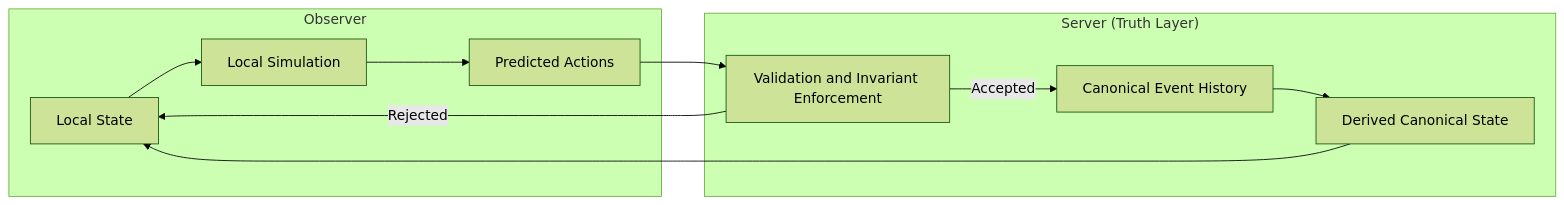
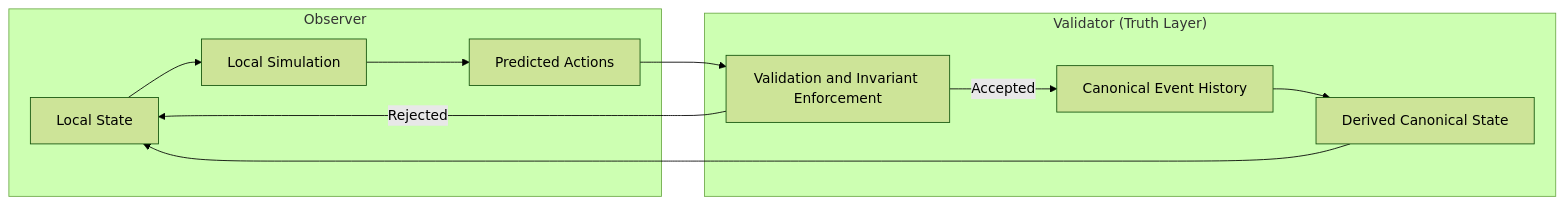
The diagram in diagrams/CrypSA_Observer_vs_Canonical.md (godofthunder101/crypsa-architecture), drawn with Mermaid (forest theme) before and after one commit. The commit also changed other lines of this file, not shown here.

Commit message:
Update terminology from server to validator in diagram

`````diff
--- a/diagrams/CrypSA_Observer_vs_Canonical.md
+++ b/diagrams/CrypSA_Observer_vs_Canonical.md
@@ -20,25 +20,25 @@
-```mermaid
+```mermaid id="1k0v8f"
 flowchart LR
 
 subgraph "Observer"
     A[Local State]
     B[Local Simulation]
     C[Predicted Actions]
 end
 
-subgraph "Server (Truth Layer)"
+subgraph "Validator (Truth Layer)"
     D[Validation and Invariant Enforcement]
     E[Canonical Event History]
     F[Derived Canonical State]
 end
 
 A --> B
 B --> C
 C --> D
 
 D -->|Accepted| E
 D -->|Rejected| A
 
 E --> F
 F --> A
-````
+```
`````
